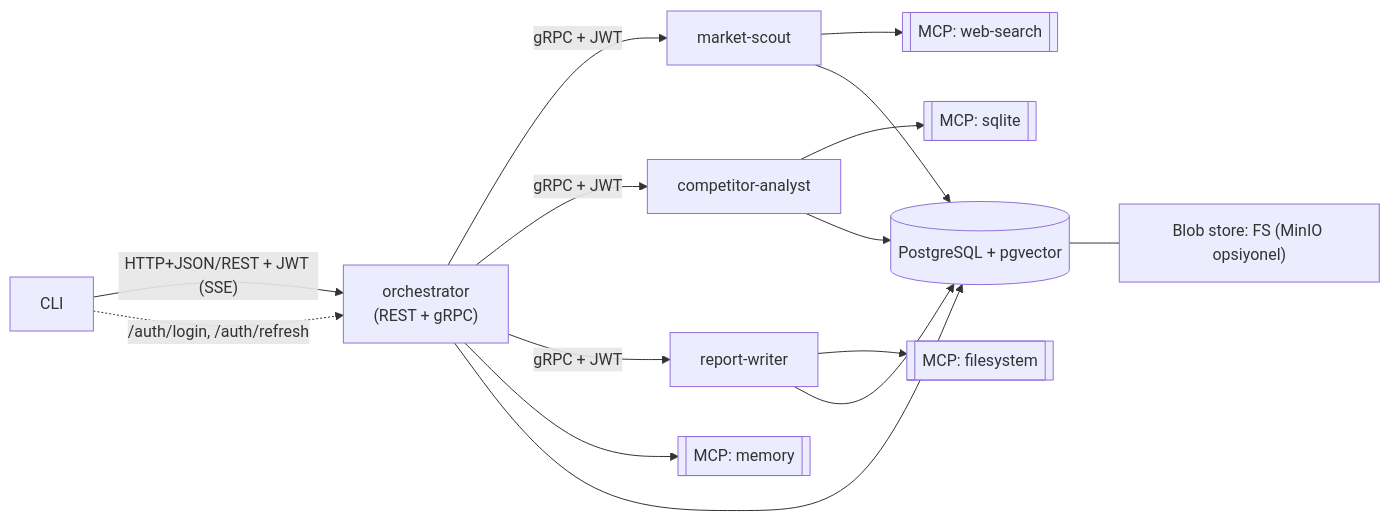
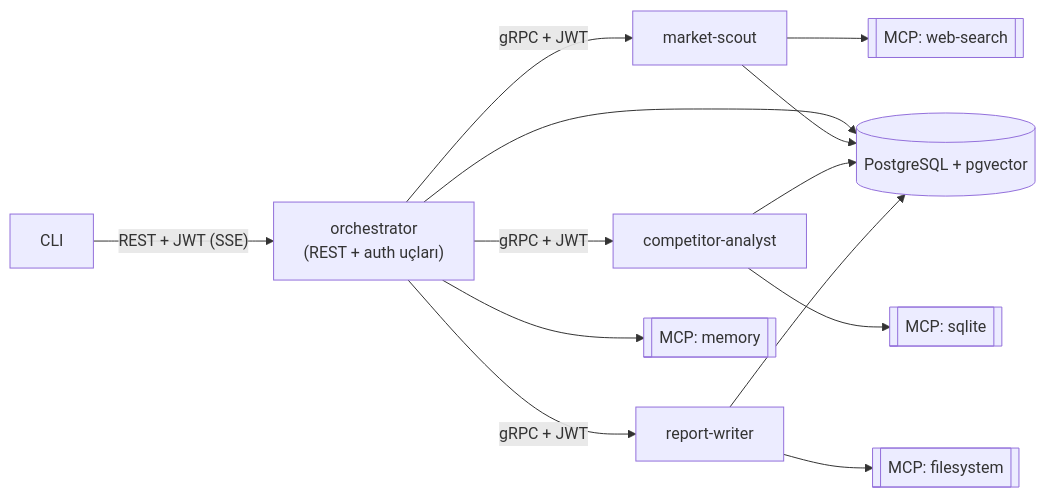
One commit to cemilcelik/a2a-research-crew changed the diagram in README.md. Above: the diagram before and after it, drawn with Mermaid. The commit also changed other lines of this file, not shown here.

````diff
--- a/README.md
+++ b/README.md
@@ -16,17 +25,15 @@
 ```mermaid
 flowchart LR
-    CLI[CLI] -->|"HTTP+JSON/REST + JWT (SSE)"| ORCH["orchestrator<br/>(REST + gRPC)"]
-    CLI -.->|"/auth/login, /auth/refresh"| ORCH
+    CLI["CLI"] -->|"REST + JWT (SSE)"| ORCH["orchestrator<br/>(REST + auth uçları)"]
     ORCH -->|"gRPC + JWT"| MKT["market-scout"]
     ORCH -->|"gRPC + JWT"| CMP["competitor-analyst"]
     ORCH -->|"gRPC + JWT"| WRT["report-writer"]
     MKT --> MCPW[["MCP: web-search"]]
     CMP --> MCPS[["MCP: sqlite"]]
     WRT --> MCPF[["MCP: filesystem"]]
     ORCH --> MCPM[["MCP: memory"]]
     ORCH --> PG[("PostgreSQL + pgvector")]
     MKT --> PG
     CMP --> PG
     WRT --> PG
-    PG --- BLOB["Blob store: FS (MinIO opsiyonel)"]
 ```
````
